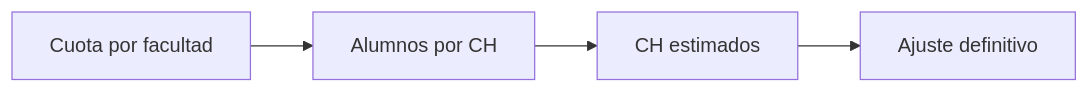
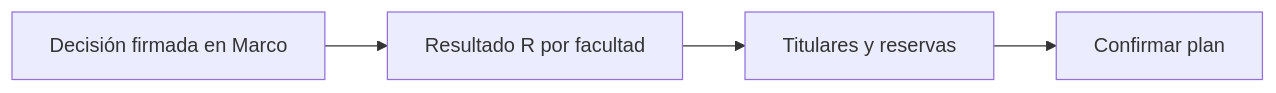
The diagram in Obsidian_Prosecnur/Prosecnur/Módulos/05 Calculador de muestras/Modos/01 Muestra de cursos-horario/Secciones/03 Cálculo/Pestañas/03 Cursos-horario por facultad/Cursos-horario por facultad.md (GonzaloAlmendariz/prosecnur-app), drawn with Mermaid before and after one commit. The commit also changed other lines of this file and 69 other files, not shown here.

Commit message:
feat(calculo-muestra): hace que Marco decida los alumnos por CH

````diff
--- a/Obsidian_Prosecnur/Prosecnur/Módulos/05 Calculador de muestras/Modos/01 Muestra de cursos-horario/Secciones/03 Cálculo/Pestañas/03 Cursos-horario por facultad/Cursos-horario por facultad.md
+++ b/Obsidian_Prosecnur/Prosecnur/Módulos/05 Calculador de muestras/Modos/01 Muestra de cursos-horario/Secciones/03 Cálculo/Pestañas/03 Cursos-horario por facultad/Cursos-horario por facultad.md
@@ -21,6 +21,6 @@
 ```mermaid
 flowchart LR
-    A[Cuota por facultad] --> B[Alumnos por CH]
-    B --> C[CH estimados]
-    C --> D[Ajuste definitivo]
+    A[Decisión firmada en Marco] --> B[Resultado R por facultad]
+    B --> C[Titulares y reservas]
+    C --> D[Confirmar plan]
 ```
````
